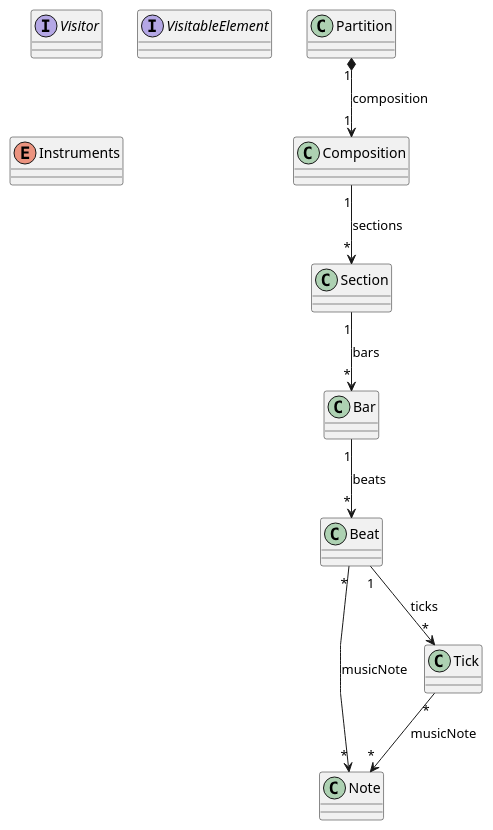
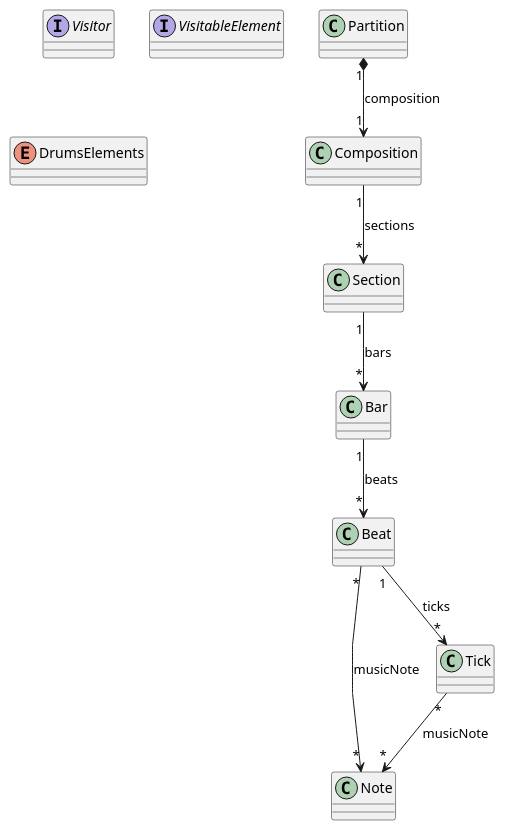
One commit to alexisgra/Rythm-ML changed the diagram in kernel/kernel.plantuml. Above: the diagram before and after it, drawn with PlantUML. The commit also changed 3 other files, not shown here.

```diff
--- a/kernel/kernel.plantuml
+++ b/kernel/kernel.plantuml
@@ -1,49 +1,49 @@
 @startuml
 skinparam linetype polyline
 
 
 Interface Visitor{
 }
 Interface VisitableElement{
 }
 
 class Partition {
 }
 
 ' Tracks
 class Note {
 }
 
 ' TemporalGrid
 class Composition {
 }
 class Section {
 }
 class Bar {
 }
 class Beat {
 }
 class Tick {
 }
 
 
 
 ' Enum Declaration
-enum Instruments {
+enum DrumsElements {
 
 }
 
 ' All attributes
 
 Partition "1" *--> "1" Composition : composition
 
 
 ' Grid
 Composition "1" --> "*" Section : sections
 Section "1" --> "*" Bar : bars
 Bar "1" --> "*" Beat : beats
 Beat "1" --> "*" Tick : ticks
 Beat "*" --> "*" Note : musicNote
 Tick "*" --> "*" Note : musicNote
 
 @enduml
```
